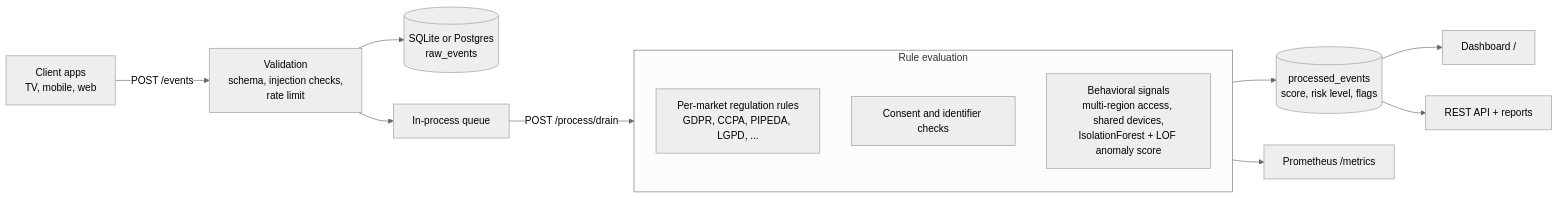
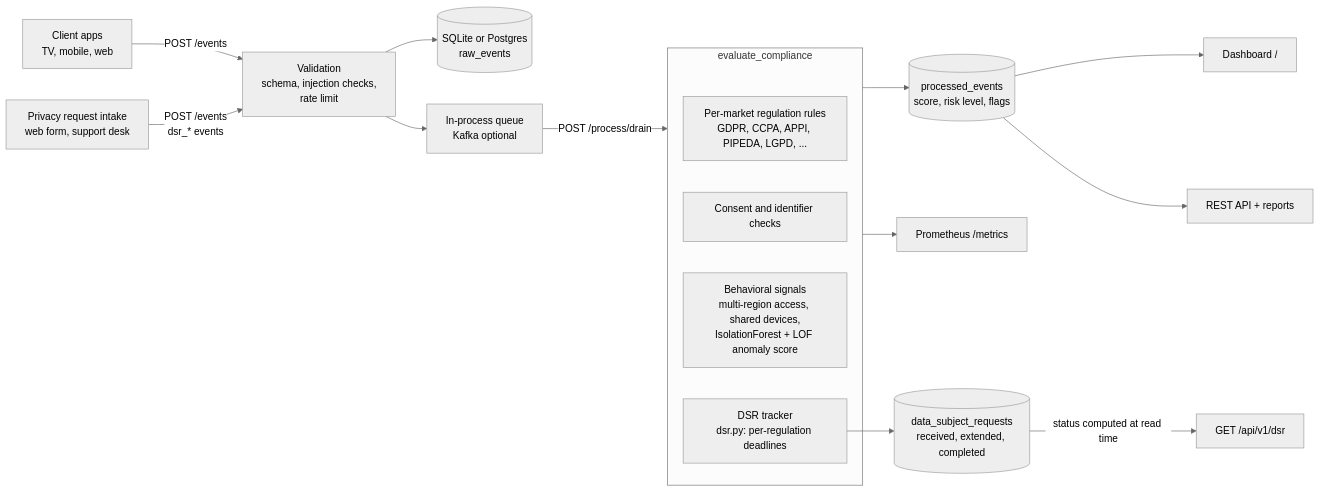
The first of 2 diagrams in README.md (deokhwajeong/ott-compliance-events-pipeline), drawn with Mermaid (neutral theme) before and after one commit. The commit also changed other lines of this file and 5 other files, not shown here.

````diff
--- a/README.md
+++ b/README.md
@@ -36,16 +38,20 @@
 ```mermaid
 flowchart LR
     C[Client apps<br/>TV, mobile, web] -->|POST /events| V[Validation<br/>schema, injection checks,<br/>rate limit]
+    S[Privacy request intake<br/>web form, support desk] -->|POST /events<br/>dsr_* events| V
     V --> DB[(SQLite or Postgres<br/>raw_events)]
-    V --> Q[In-process queue]
+    V --> Q[In-process queue<br/>Kafka optional]
     Q -->|POST /process/drain| EV
-    subgraph EV[Rule evaluation]
-      R1[Per-market regulation rules<br/>GDPR, CCPA, PIPEDA, LGPD, ...]
+    subgraph EV[evaluate_compliance]
+      R1[Per-market regulation rules<br/>GDPR, CCPA, APPI, PIPEDA, LGPD, ...]
       R2[Consent and identifier checks]
       R3[Behavioral signals<br/>multi-region access, shared devices,<br/>IsolationForest + LOF anomaly score]
+      R4[DSR tracker<br/>dsr.py: per-regulation deadlines]
     end
     EV --> P[(processed_events<br/>score, risk level, flags)]
+    R4 --> DSR[(data_subject_requests<br/>received, extended, completed)]
     P --> D[Dashboard /]
     P --> A[REST API + reports]
+    DSR -->|status computed at read time| DA[GET /api/v1/dsr]
     EV --> M[Prometheus /metrics]
 ```
````
